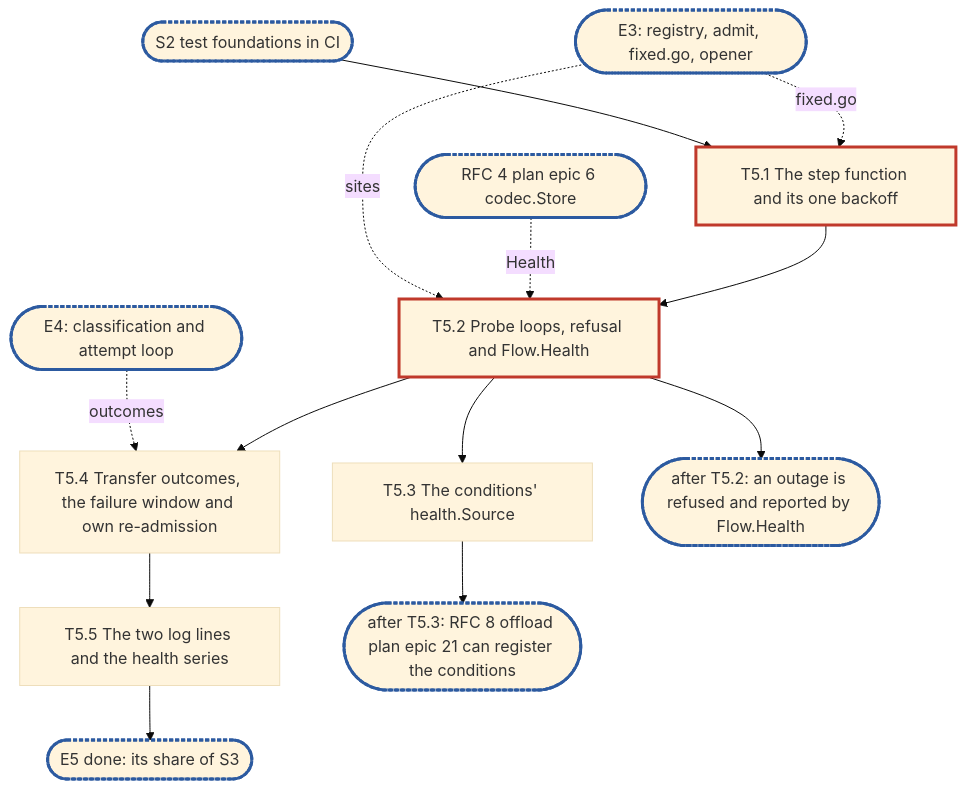
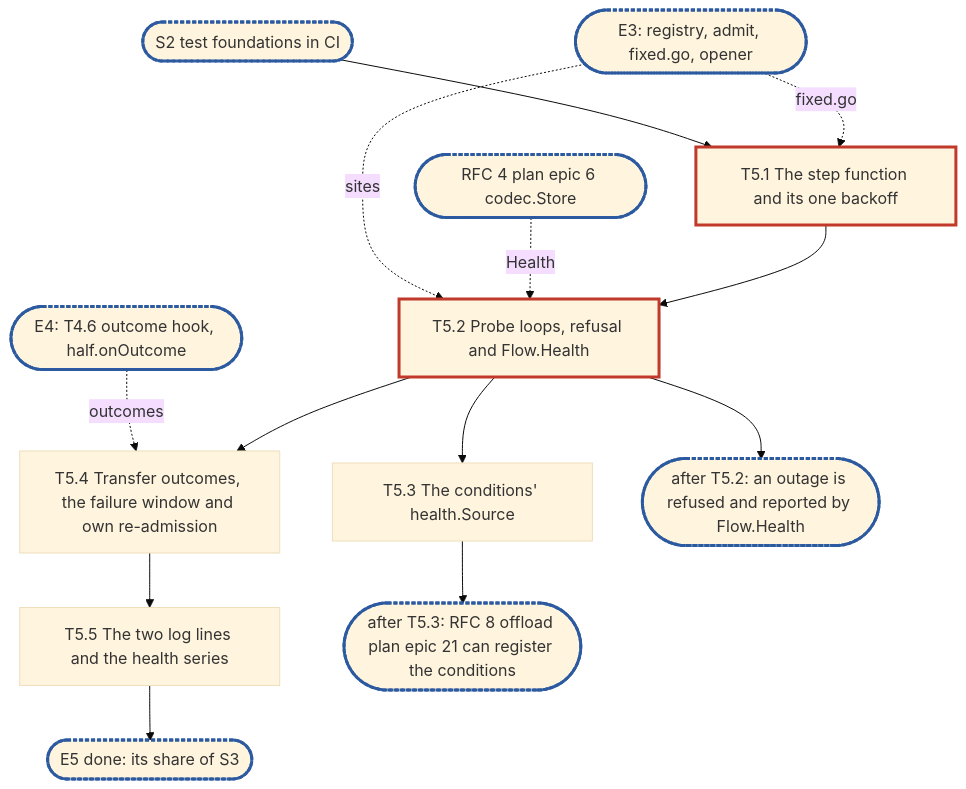
Before and after one commit to cubbit/dittofs: the diagram in .planning/rfc-3-syncer-epic5.md, drawn with Mermaid (base theme). The commit also changed other lines of this file, not shown here.

Commit message:
docs(planning): reconcile epic 5 with epic 4's outcome hook

````diff
--- a/.planning/rfc-3-syncer-epic5.md
+++ b/.planning/rfc-3-syncer-epic5.md
@@ -600,17 +611,17 @@
 ```mermaid
 flowchart TD
   S2(["S2 test foundations in CI"]):::sync --> T5_1
   E3(["E3: registry, admit, fixed.go, opener"]):::sync -. "fixed.go" .-> T5_1
   E3 -. "sites" .-> T5_2
   C6(["RFC 4 plan epic 6 codec.Store"]):::sync -. "Health" .-> T5_2
-  E4(["E4: classification and attempt loop"]):::sync -. "outcomes" .-> T5_4
+  E4(["E4: T4.6 outcome hook, half.onOutcome"]):::sync -. "outcomes" .-> T5_4
   T5_1["T5.1 The step function and its one backoff"]:::blocker --> T5_2["T5.2 Probe loops, refusal and Flow.Health"]:::blocker
   T5_2 --> T5_3["T5.3 The conditions' health.Source"]
   T5_2 --> T5_4["T5.4 Transfer outcomes, the failure window and own re-admission"]
   T5_4 --> T5_5["T5.5 The two log lines and the health series"]
   T5_2 --> K1(["after T5.2: an outage is refused and reported by Flow.Health"]):::sync
   T5_3 --> K2(["after T5.3: RFC 8 offload plan epic 21 can register the conditions"]):::sync
   T5_5 --> K3(["E5 done: its share of S3"]):::sync
   classDef blocker stroke:#c0392b,stroke-width:3px
   classDef sync stroke:#2c5aa0,stroke-width:3px,stroke-dasharray:4 2
 ```
````
